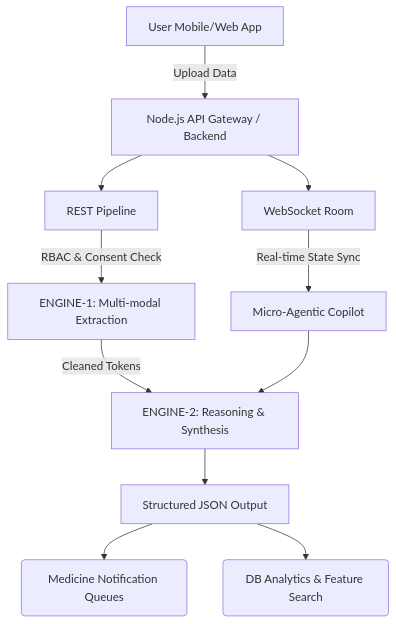
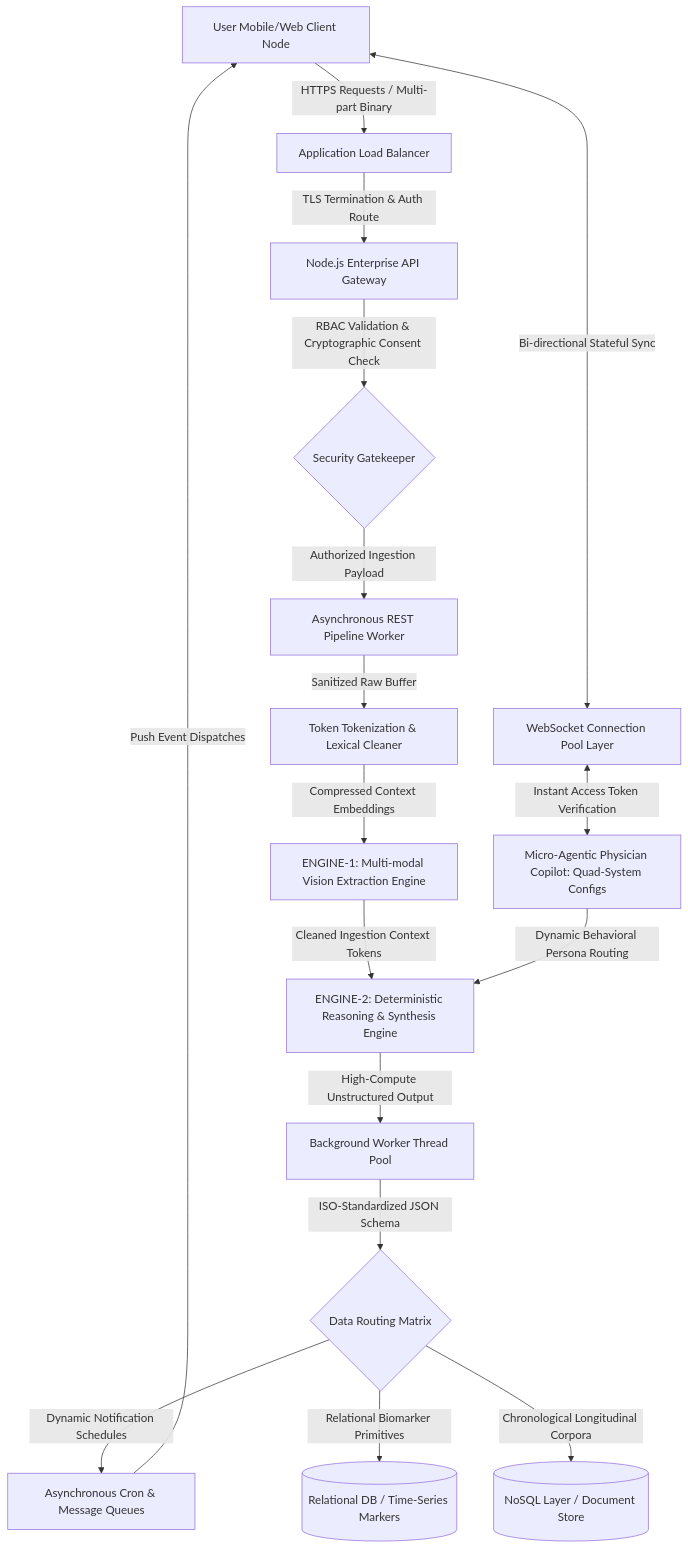
Before and after one commit to sheikh1971/WioCare-AI-Health-Companion-Case-Study: the diagram in README.md, drawn with Mermaid. The commit also changed other lines of this file, not shown here.

````diff
--- a/README.md
+++ b/README.md
@@ -71,17 +72,34 @@
 ```mermaid
 graph TD
-    User[User Mobile/Web App] -->|Upload Data| Gateway[Node.js API Gateway / Backend]
+    %% --- CLIENT & INGRESS LAYER ---
+    UserClient[User Mobile/Web Client Node] -->|HTTPS Requests / Multi-part Binary| ALB[Application Load Balancer]
+    UserClient <-->|Bi-directional Stateful Sync| WSSPool[WebSocket Connection Pool Layer]
 
-    Gateway --> REST[REST Pipeline]
-    Gateway --> WS[WebSocket Room]
+    %% --- SECURITY & ROUTING LAYER ---
+    ALB -->|TLS Termination & Auth Route| APIGateway[Node.js Enterprise API Gateway]
+    APIGateway -->|RBAC Validation & Cryptographic Consent Check| AuthGuard{Security Gatekeeper}
 
-    REST -->|RBAC & Consent Check| Engine1[ENGINE-1: Multi-modal Extraction]
-    WS -->|Real-time State Sync| Copilot[Micro-Agentic Copilot]
+    %% --- REST PROCESSING & INGESTION PIPELINE ---
+    AuthGuard -->|Authorized Ingestion Payload| RestWorker[Asynchronous REST Pipeline Worker]
+    RestWorker -->|Sanitized Raw Buffer| TokenComp[Token Tokenization & Lexical Cleaner]
 
-    Engine1 -->|Cleaned Tokens| Engine2[ENGINE-2: Reasoning & Synthesis]
-    Copilot --> Engine2
+    %% --- AI/ML ENGINE CORE ORCHESTRATION ---
+    TokenComp -->|Compressed Context Embeddings| Engine1[ENGINE-1: Multi-modal Vision Extraction Engine]
+    
+    WSSPool <-->|Instant Access Token Verification| Copilot[Micro-Agentic Physician Copilot: Quad-System Configs]
+    
+    Engine1 -->|Cleaned Ingestion Context Tokens| Engine2[ENGINE-2: Deterministic Reasoning & Synthesis Engine]
+    Copilot -->|Dynamic Behavioral Persona Routing| Engine2
 
-    Engine2 --> Output[Structured JSON Output]
-    Output --> Reminders(Medicine Notification Queues)
-    Output --> DB(DB Analytics & Feature Search)
+    %% --- ASYNCHRONOUS COMPUTE & WORKER THREADS ---
+    Engine2 -->|High-Compute Unstructured Output| WorkerPool[Background Worker Thread Pool]
+    
+    %% --- PERSISTENCE & DOWNSTREAM SYSTEM MATRIX ---
+    WorkerPool -->|ISO-Standardized JSON Schema| DataRouter{Data Routing Matrix}
+    
+    DataRouter -->|Dynamic Notification Schedules| CronQueue[Asynchronous Cron & Message Queues]
+    DataRouter -->|Relational Biomarker Primitives| SQLDB[(Relational DB / Time-Series Markers)]
+    DataRouter -->|Chronological Longitudinal Corpora| NoSQL[(NoSQL Layer / Document Store)]
+
+    CronQueue -->|Push Event Dispatches| UserClient
 ```
````
